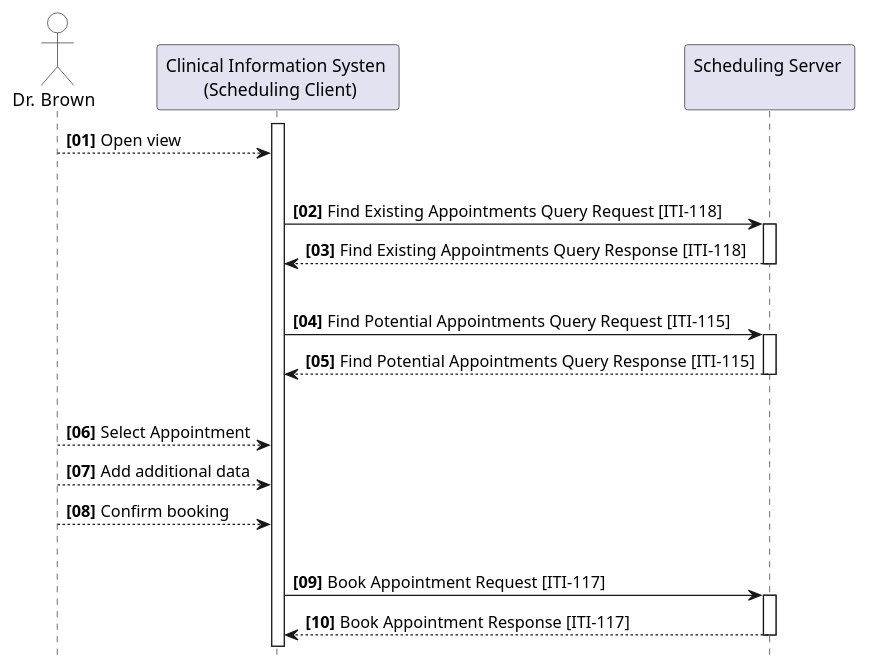
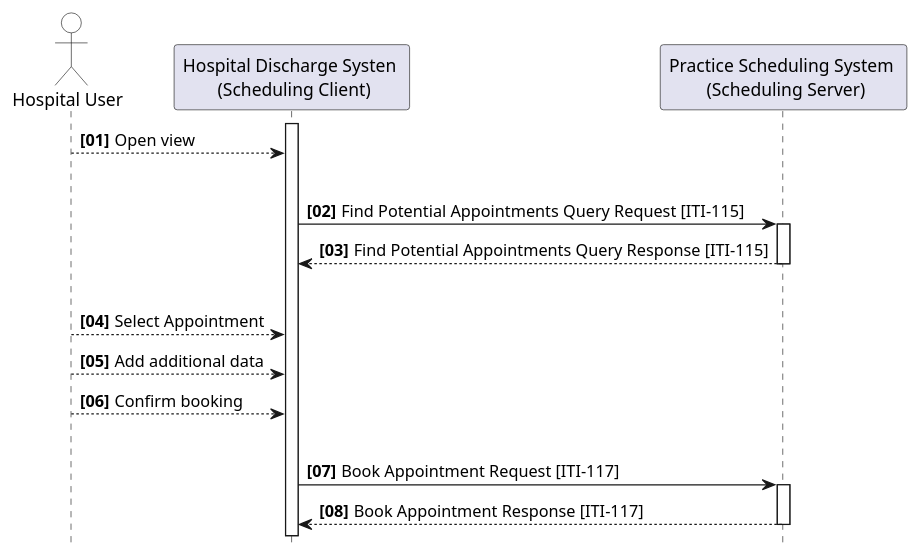
The diagram in input/images-source/uc1-flow.plantuml (IHE/ITI.Scheduling), drawn with PlantUML before and after one commit. The commit also changed 6 other files, not shown here.

```diff
--- a/input/images-source/uc1-flow.plantuml
+++ b/input/images-source/uc1-flow.plantuml
@@ -1,40 +1,34 @@
 @startuml
 skinparam responseMessageBelowArrow true
 skinparam svgDimensionStyle false
 hide footbox
 
-actor "Dr. Brown" as User #FFFFFF
-participant "Clinical Information Systen \n (Scheduling Client)" as RequestingActor
-participant "Scheduling Server \n" as RespondingActor
+actor "Hospital User" as User #FFFFFF
+participant "Hospital Discharge Systen \n (Scheduling Client)" as RequestingActor
+participant "Practice Scheduling System \n (Scheduling Server)" as RespondingActor
 
 autonumber 1 1 "<b>[00]"
 
 activate "RequestingActor"
 User --> RequestingActor: Open view
-
-|||
-RequestingActor -> RespondingActor: Find Existing Appointments Query Request [ITI-118]
-activate "RespondingActor"
-RespondingActor --> RequestingActor: Find Existing Appointments Query Response [ITI-118]
-deactivate "RespondingActor"
 
 |||
 RequestingActor -> RespondingActor: Find Potential Appointments Query Request [ITI-115]
 activate "RespondingActor"
 RespondingActor --> RequestingActor: Find Potential Appointments Query Response [ITI-115]
 deactivate "RespondingActor"
 
 |||
 User --> RequestingActor: Select Appointment
 User --> RequestingActor: Add additional data
 User --> RequestingActor: Confirm booking
 
 |||
 RequestingActor -> RespondingActor: Book Appointment Request [ITI-117]
 activate "RespondingActor"
 RespondingActor --> RequestingActor: Book Appointment Response [ITI-117]
 deactivate "RespondingActor"
 
 autonumber stop
 
 @enduml
```
